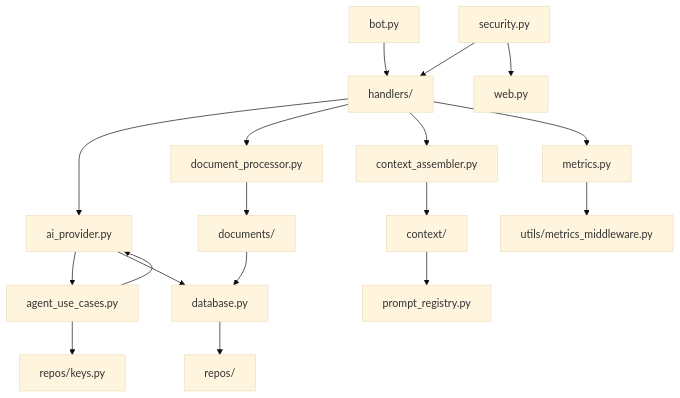
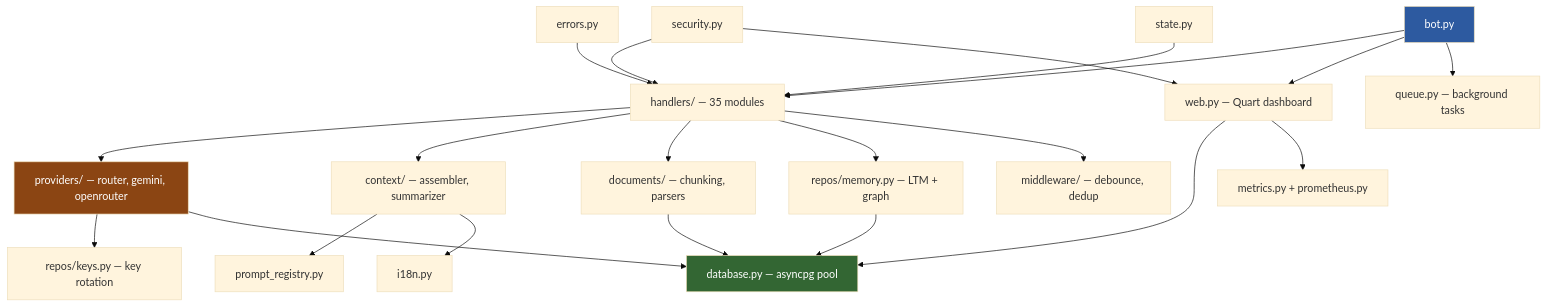
Before and after one commit to Le-Who/Bobby-Botique: the diagram in docs/ARCHITECTURE.md, drawn with Mermaid (base theme). The commit also changed other lines of this file and 14 other files, not shown here.

````diff
--- a/docs/ARCHITECTURE.md
+++ b/docs/ARCHITECTURE.md
@@ -157,26 +256,32 @@
 ```mermaid
 graph TD
-    BOT[bot.py] --> HANDLERS[handlers/]
-    HANDLERS --> AI[ai_provider.py]
-    HANDLERS --> DOC[document_processor.py]
-    HANDLERS --> CTX[context_assembler.py]
+    BOT[bot.py] --> HANDLERS[handlers/ — 35 modules]
+    BOT --> WEB[web.py — Quart dashboard]
+    BOT --> QUEUE[queue.py — background tasks]
 
-    AI --> AGENT[agent_use_cases.py]
-    AGENT --> KEYS[repos/keys.py]
-    AGENT --> AI
+    HANDLERS --> PROVIDERS[providers/ — router, gemini, openrouter]
+    HANDLERS --> CTX[context/ — assembler, summarizer]
+    HANDLERS --> DOCS[documents/ — chunking, parsers]
+    HANDLERS --> MEMORY[repos/memory.py — LTM + graph]
+    HANDLERS --> MIDDLEWARE[middleware/ — debounce, dedup]
 
-    CTX --> CTX_PKG[context/]
-    DOC --> DOC_PKG[documents/]
+    PROVIDERS --> KEYS[repos/keys.py — key rotation]
+    PROVIDERS --> DB[database.py — asyncpg pool]
 
-    CTX_PKG --> PROMPTS[prompt_registry.py]
-    DOC_PKG --> DB[database.py]
-    AI --> DB
+    CTX --> PROMPTS[prompt_registry.py]
+    CTX --> I18N[i18n.py]
+    DOCS --> DB
+    MEMORY --> DB
 
-    DB --> REPOS[repos/]
+    WEB --> DB
+    WEB --> METRICS[metrics.py + prometheus.py]
 
-    HANDLERS --> METRICS[metrics.py]
-    METRICS --> MW[utils/metrics_middleware.py]
+    SECURITY[security.py] --> HANDLERS
+    SECURITY --> WEB
+    ERRORS[errors.py] --> HANDLERS
+    STATE[state.py] --> HANDLERS
 
-    SEC[security.py] --> HANDLERS
-    SEC --> WEB[web.py]
+    style BOT fill:#2d5aa0,color:#fff
+    style DB fill:#336633,color:#fff
+    style PROVIDERS fill:#8b4513,color:#fff
 ```
````
